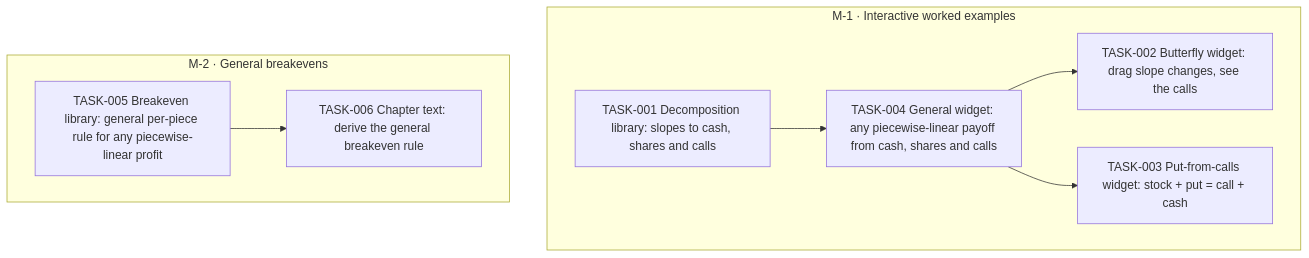
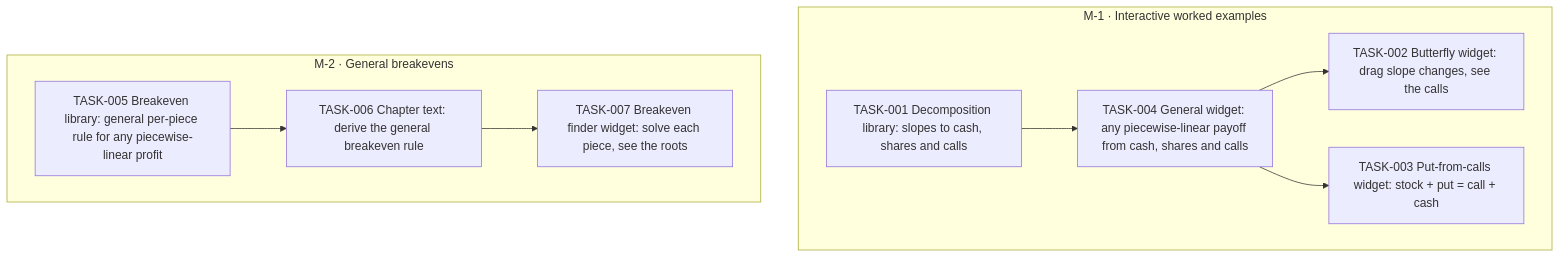
One commit to all-explained/options-explained changed the diagram in goals/improve-viz/README.md. Above: the diagram before and after it, drawn with Mermaid. The commit also changed 1 other file, not shown here.

Commit message:
goal(improve-viz): add TASK-007 Breakeven finder widget: solve each piece, see the roots

````diff
--- a/goals/improve-viz/README.md
+++ b/goals/improve-viz/README.md
@@ -25,20 +25,22 @@
 ```mermaid
 flowchart TD
   subgraph M_1["M-1 · Interactive worked examples"]
     TASK_001["TASK-001 Decomposition library: slopes to cash, shares and calls"]
     TASK_002["TASK-002 Butterfly widget: drag slope changes, see the calls"]
     TASK_003["TASK-003 Put-from-calls widget: stock + put = call + cash"]
     TASK_004["TASK-004 General widget: any piecewise-linear payoff from cash, shares and calls"]
   end
   subgraph M_2["M-2 · General breakevens"]
     TASK_005["TASK-005 Breakeven library: general per-piece rule for any piecewise-linear profit"]
     TASK_006["TASK-006 Chapter text: derive the general breakeven rule"]
+    TASK_007["TASK-007 Breakeven finder widget: solve each piece, see the roots"]
   end
   TASK_004 --> TASK_002
   TASK_004 --> TASK_003
   TASK_001 --> TASK_004
   TASK_005 --> TASK_006
+  TASK_006 --> TASK_007
   classDef draft stroke-dasharray: 4 3
   classDef cancelled opacity:0.45
   classDef decision fill:#f3e8ff,stroke:#7c3aed
 ```
````
